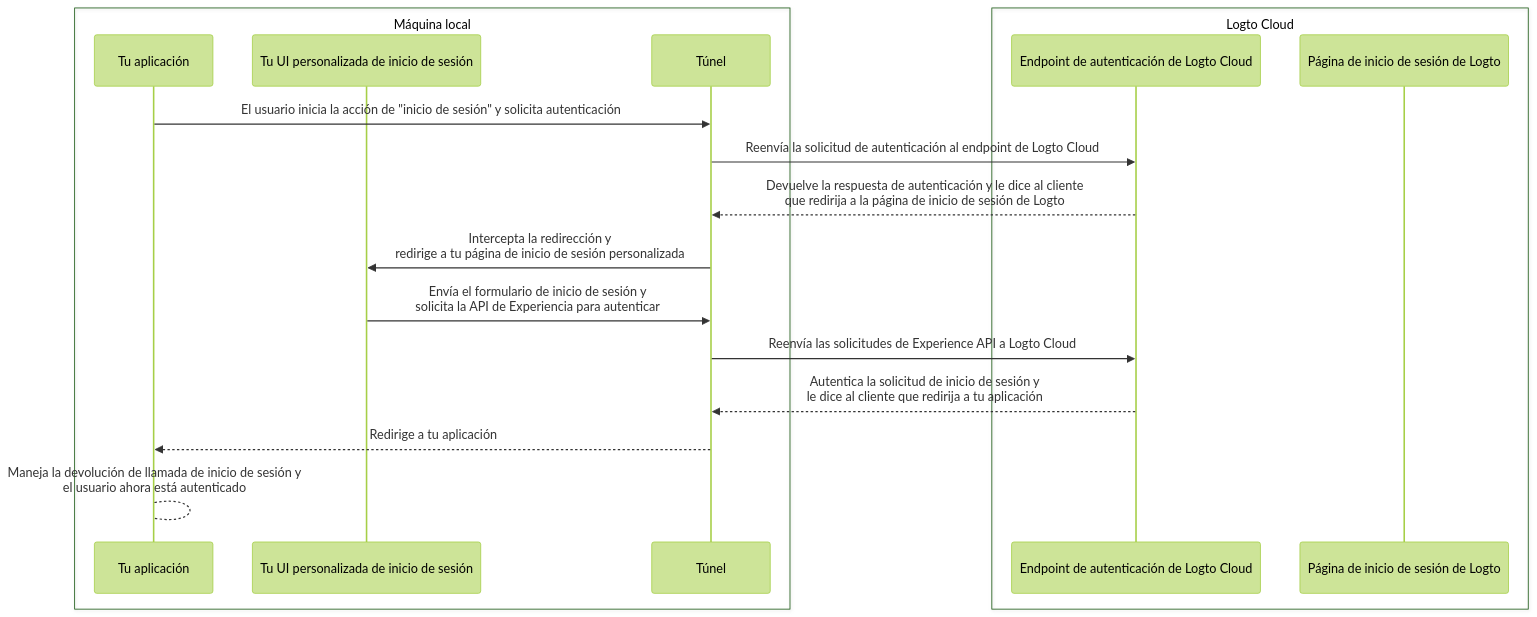
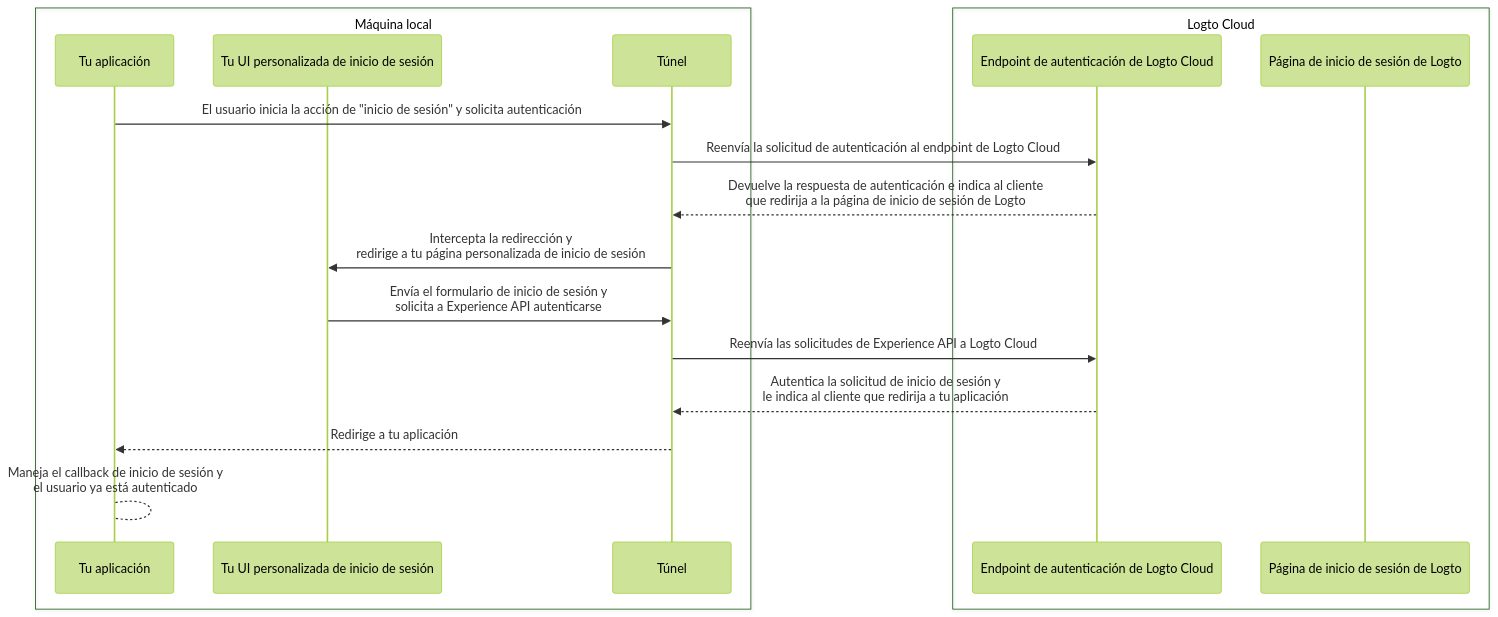
Before and after one commit to logto-io/docs: the second of 2 diagrams in i18n/es/docusaurus-plugin-content-docs/current/customization/bring-your-ui/debug-and-test-your-custom-ui-locally.mdx, drawn with Mermaid (forest theme). The commit also changed other lines of this file and 666 other files, not shown here.

````diff
--- a/i18n/es/docusaurus-plugin-content-docs/current/customization/bring-your-ui/debug-and-test-your-custom-ui-locally.mdx
+++ b/i18n/es/docusaurus-plugin-content-docs/current/customization/bring-your-ui/debug-and-test-your-custom-ui-locally.mdx
@@ -42,21 +45,21 @@
 ```mermaid
 sequenceDiagram
     box Máquina local
     participant A as Tu aplicación
     participant B as Tu UI personalizada de inicio de sesión
     participant C as Túnel
     end
     box Logto Cloud
     participant D as Endpoint de autenticación de Logto Cloud
     participant E as Página de inicio de sesión de Logto
     end
     A ->> C: El usuario inicia la acción de "inicio de sesión" y solicita autenticación
     C ->> D: Reenvía la solicitud de autenticación al endpoint de Logto Cloud
-    D -->> C: Devuelve la respuesta de autenticación y le dice al cliente<br/>que redirija a la página de inicio de sesión de Logto
-    C ->> B: Intercepta la redirección y<br/>redirige a tu página de inicio de sesión personalizada
-    B ->> C: Envía el formulario de inicio de sesión y<br/>solicita la API de Experiencia para autenticar
+    D -->> C: Devuelve la respuesta de autenticación e indica al cliente<br/>que redirija a la página de inicio de sesión de Logto
+    C ->> B: Intercepta la redirección y<br/>redirige a tu página personalizada de inicio de sesión
+    B ->> C: Envía el formulario de inicio de sesión y<br/>solicita a Experience API autenticarse
     C ->> D: Reenvía las solicitudes de Experience API a Logto Cloud
-    D -->> C: Autentica la solicitud de inicio de sesión y<br/>le dice al cliente que redirija a tu aplicación
+    D -->> C: Autentica la solicitud de inicio de sesión y<br/>le indica al cliente que redirija a tu aplicación
     C -->> A: Redirige a tu aplicación
-    A --> A: Maneja la devolución de llamada de inicio de sesión y<br/>el usuario ahora está autenticado
+    A --> A: Maneja el callback de inicio de sesión y<br/>el usuario ya está autenticado
 ```
````
